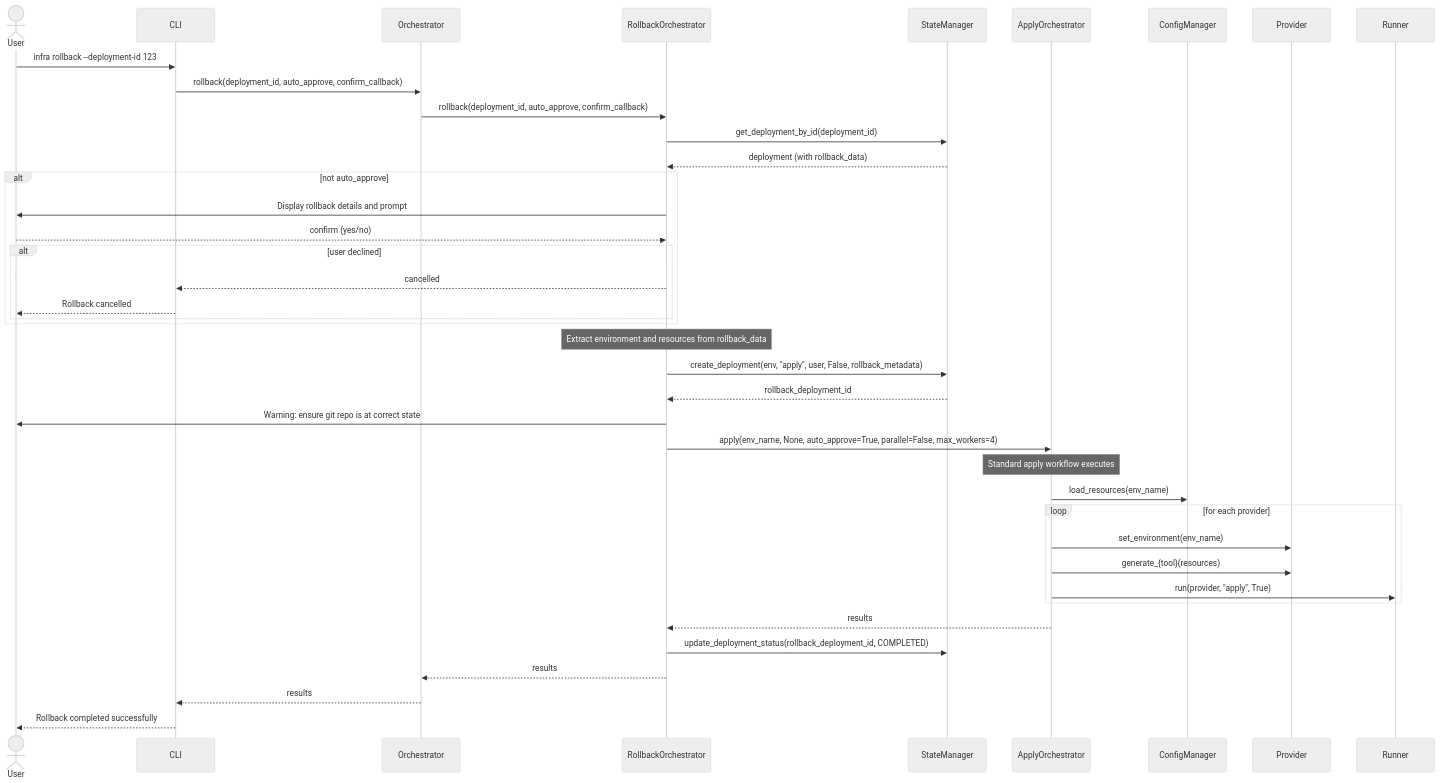
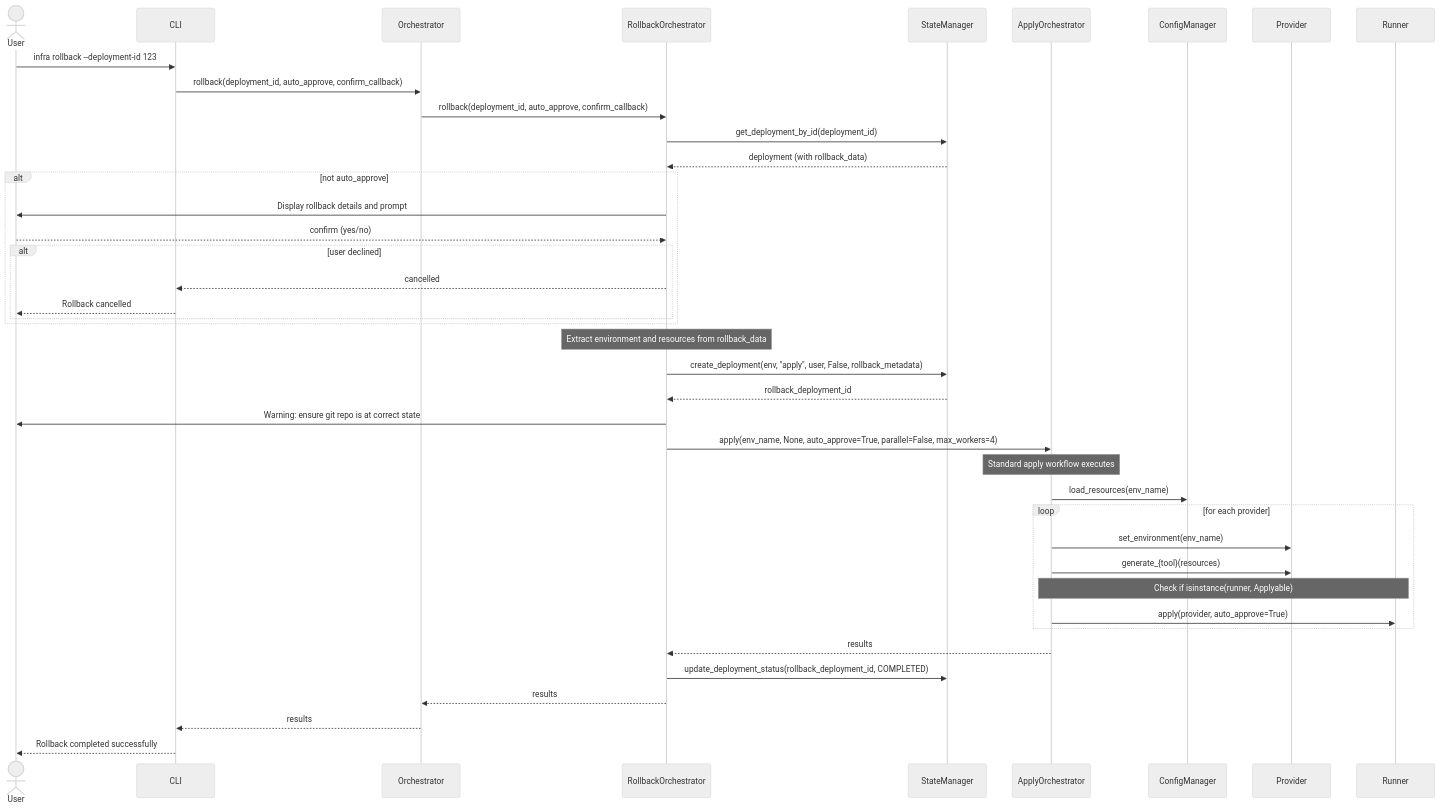
Before and after one commit to endavis/infrafoundry: the third of 3 diagrams in docs/architecture/orchestrator-architecture.md, drawn with Mermaid (neutral theme). The commit also changed other lines of this file and 39 other files, not shown here.

First line of the commit message:
docs: update documentation for protocol-based architecture and add Pulumi runner guide

````diff
--- a/docs/architecture/orchestrator-architecture.md
+++ b/docs/architecture/orchestrator-architecture.md
@@ -191,55 +193,56 @@
 ```mermaid
 sequenceDiagram
     actor User
     participant CLI
     participant Orchestrator
     participant RollbackOrchestrator
     participant StateManager
     participant ApplyOrchestrator
     participant ConfigManager
     participant Provider
     participant Runner
 
     User->>CLI: infra rollback --deployment-id 123
     CLI->>Orchestrator: rollback(deployment_id, auto_approve, confirm_callback)
     Orchestrator->>RollbackOrchestrator: rollback(deployment_id, auto_approve, confirm_callback)
 
     RollbackOrchestrator->>StateManager: get_deployment_by_id(deployment_id)
     StateManager-->>RollbackOrchestrator: deployment (with rollback_data)
 
     alt not auto_approve
         RollbackOrchestrator->>User: Display rollback details and prompt
         User-->>RollbackOrchestrator: confirm (yes/no)
 
         alt user declined
             RollbackOrchestrator-->>CLI: cancelled
             CLI-->>User: Rollback cancelled
         end
     end
 
     Note over RollbackOrchestrator: Extract environment and resources from rollback_data
 
     RollbackOrchestrator->>StateManager: create_deployment(env, "apply", user, False, rollback_metadata)
     StateManager-->>RollbackOrchestrator: rollback_deployment_id
 
     RollbackOrchestrator->>User: Warning: ensure git repo is at correct state
 
     RollbackOrchestrator->>ApplyOrchestrator: apply(env_name, None, auto_approve=True, parallel=False, max_workers=4)
 
     Note over ApplyOrchestrator: Standard apply workflow executes
     ApplyOrchestrator->>ConfigManager: load_resources(env_name)
 
     loop for each provider
         ApplyOrchestrator->>Provider: set_environment(env_name)
         ApplyOrchestrator->>Provider: generate_{tool}(resources)
-        ApplyOrchestrator->>Runner: run(provider, "apply", True)
+        Note over ApplyOrchestrator,Runner: Check if isinstance(runner, Applyable)
+        ApplyOrchestrator->>Runner: apply(provider, auto_approve=True)
     end
 
     ApplyOrchestrator-->>RollbackOrchestrator: results
 
     RollbackOrchestrator->>StateManager: update_deployment_status(rollback_deployment_id, COMPLETED)
 
     RollbackOrchestrator-->>Orchestrator: results
     Orchestrator-->>CLI: results
     CLI-->>User: Rollback completed successfully
 ```
````
